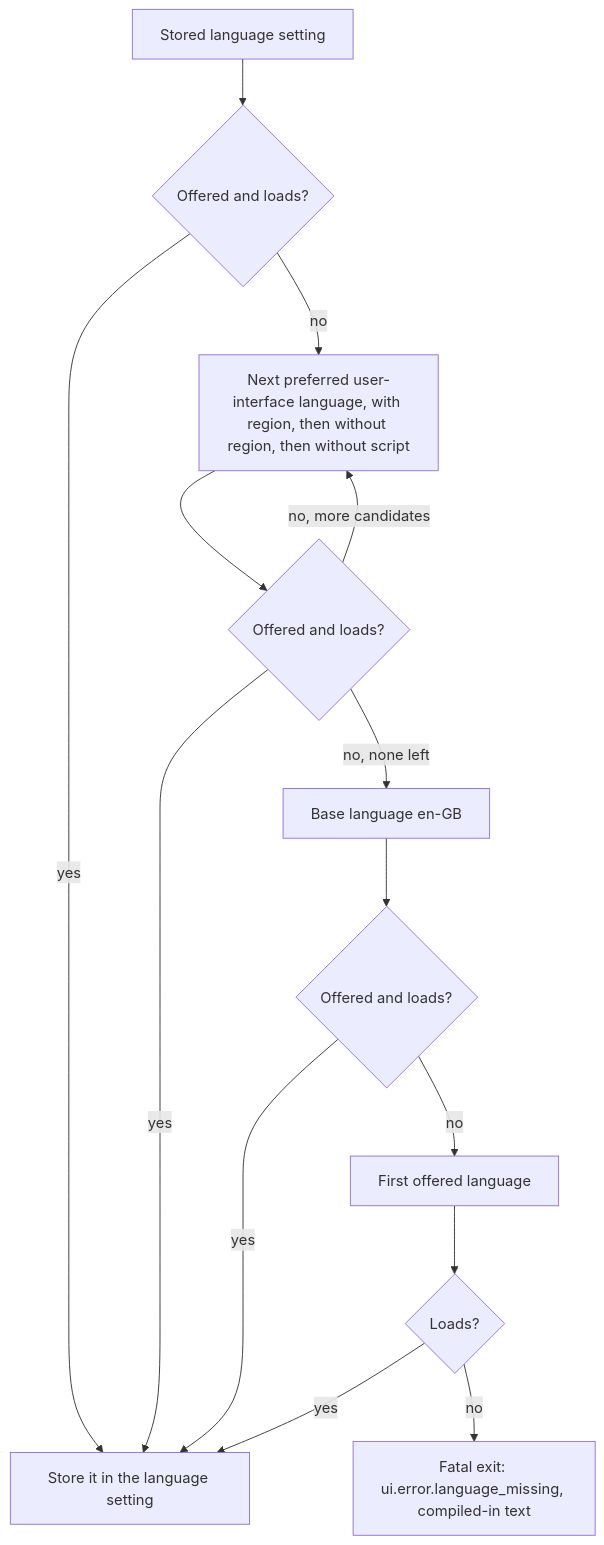
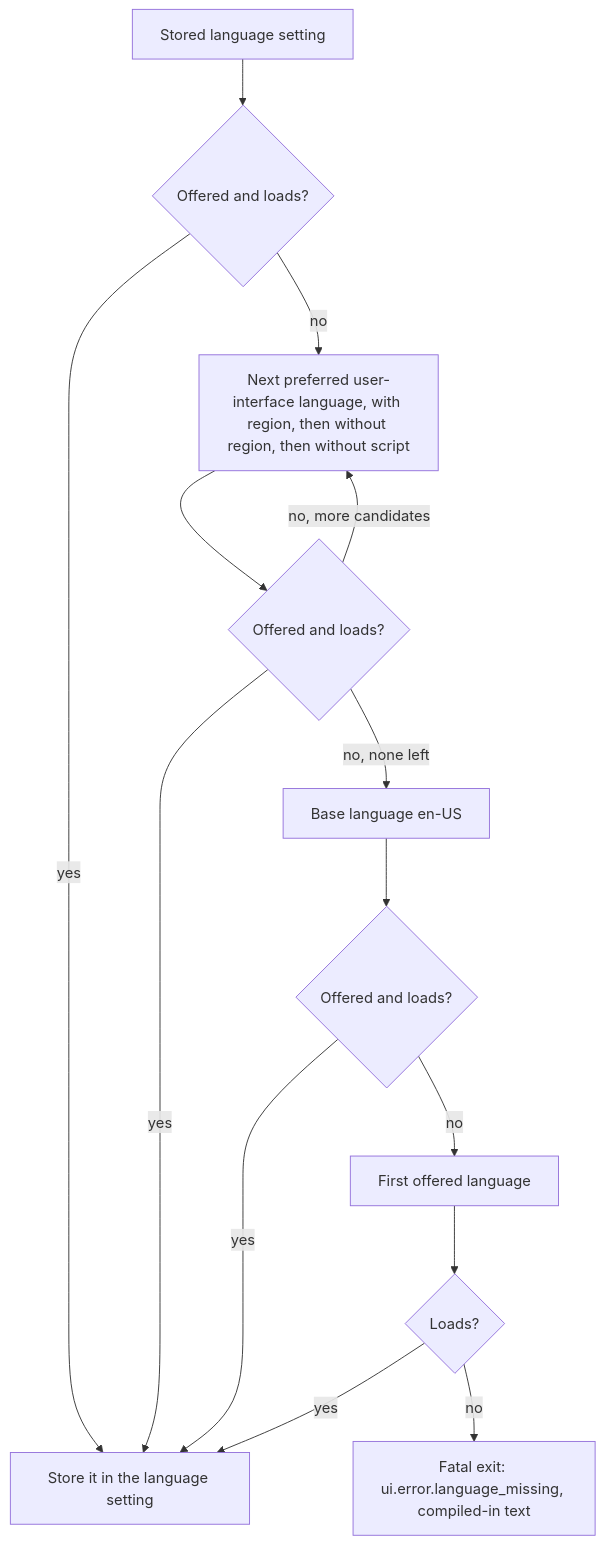
One commit to Zwaliebaba/Species.AI changed the third of 5 diagrams in Design/architecture/components/platform_layer.md. Above: the diagram before and after it, drawn with Mermaid. The commit also changed other lines of this file and 34 other files, not shown here.

````diff
--- a/Design/architecture/components/platform_layer.md
+++ b/Design/architecture/components/platform_layer.md
@@ -798,16 +798,16 @@
 ```mermaid
 flowchart TD
   A["Stored language setting"] --> T1{"Offered and loads?"}
   T1 -- yes --> OK["Store it in the language setting"]
   T1 -- no --> B["Next preferred user-interface language, with region, then without region, then without script"]
   B --> T2{"Offered and loads?"}
   T2 -- yes --> OK
   T2 -- "no, more candidates" --> B
-  T2 -- "no, none left" --> C["Base language en-GB"]
+  T2 -- "no, none left" --> C["Base language en-US"]
   C --> T3{"Offered and loads?"}
   T3 -- yes --> OK
   T3 -- no --> D["First offered language"]
   D --> T4{"Loads?"}
   T4 -- yes --> OK
   T4 -- no --> X["Fatal exit: ui.error.language_missing, compiled-in text"]
 ```
````
